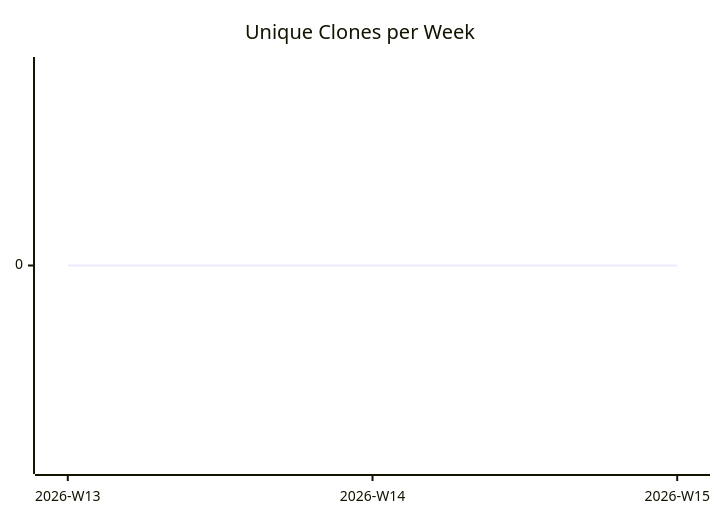
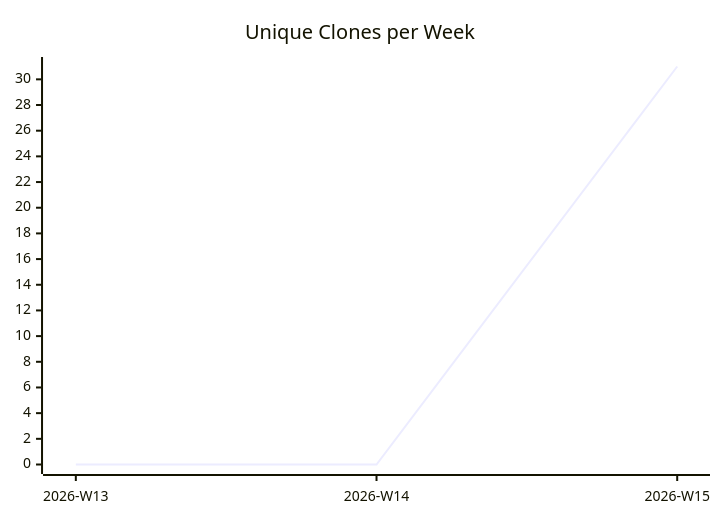
One commit to justdavis-family/github-analytics-data changed the third of 3 diagrams in justdavis-family/github-analytics-data/README.md. Above: the diagram before and after it, drawn with Mermaid. The commit also changed other lines of this file and 174 other files, not shown here.

````diff
--- a/justdavis-family/github-analytics-data/README.md
+++ b/justdavis-family/github-analytics-data/README.md
@@ -19,6 +19,6 @@
 ```mermaid
 xychart-beta
   title "Unique Clones per Week"
   x-axis ["2026-W13", "2026-W14", "2026-W15"]
-  line [0, 0, 0]
+  line [0, 0, 31]
 ```
````
